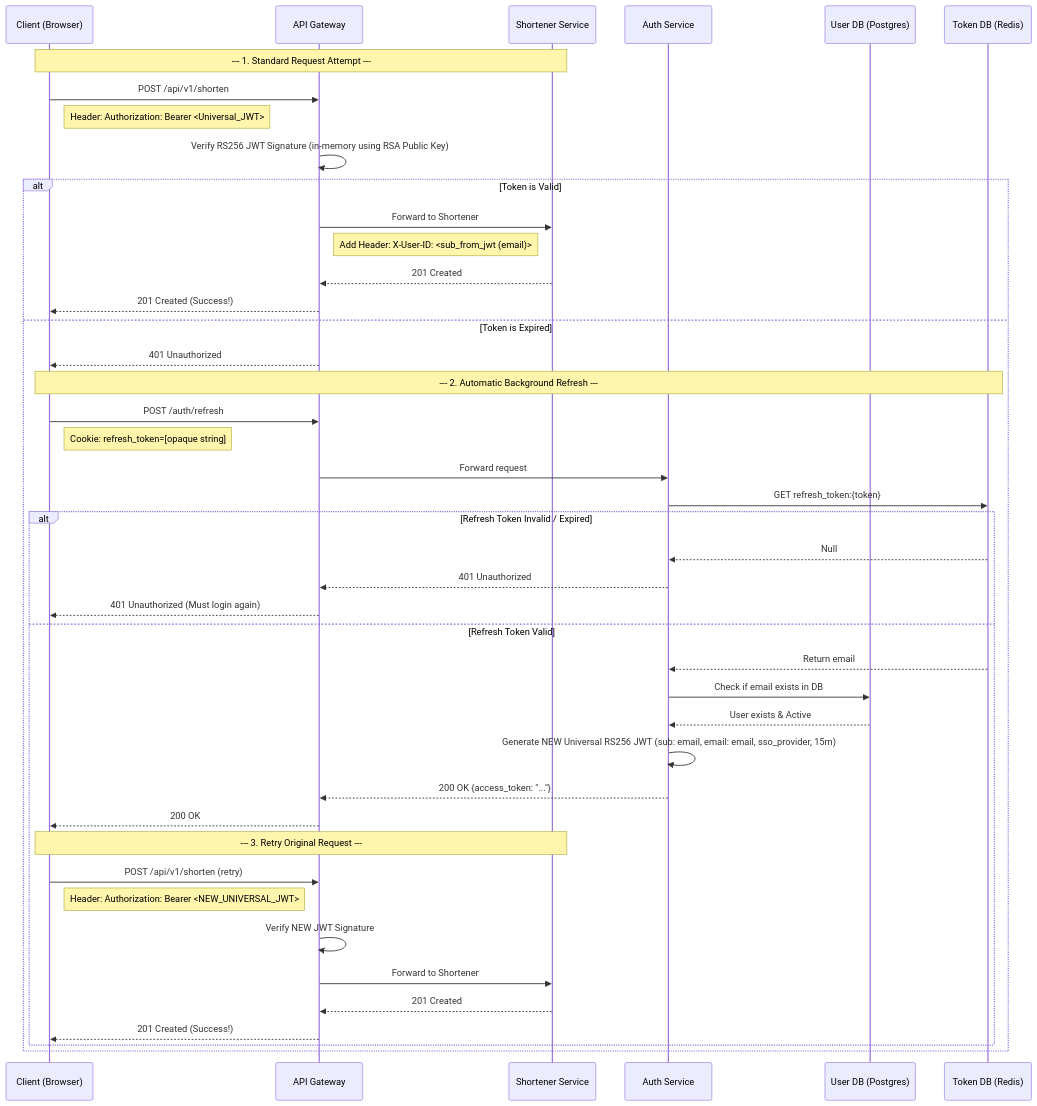
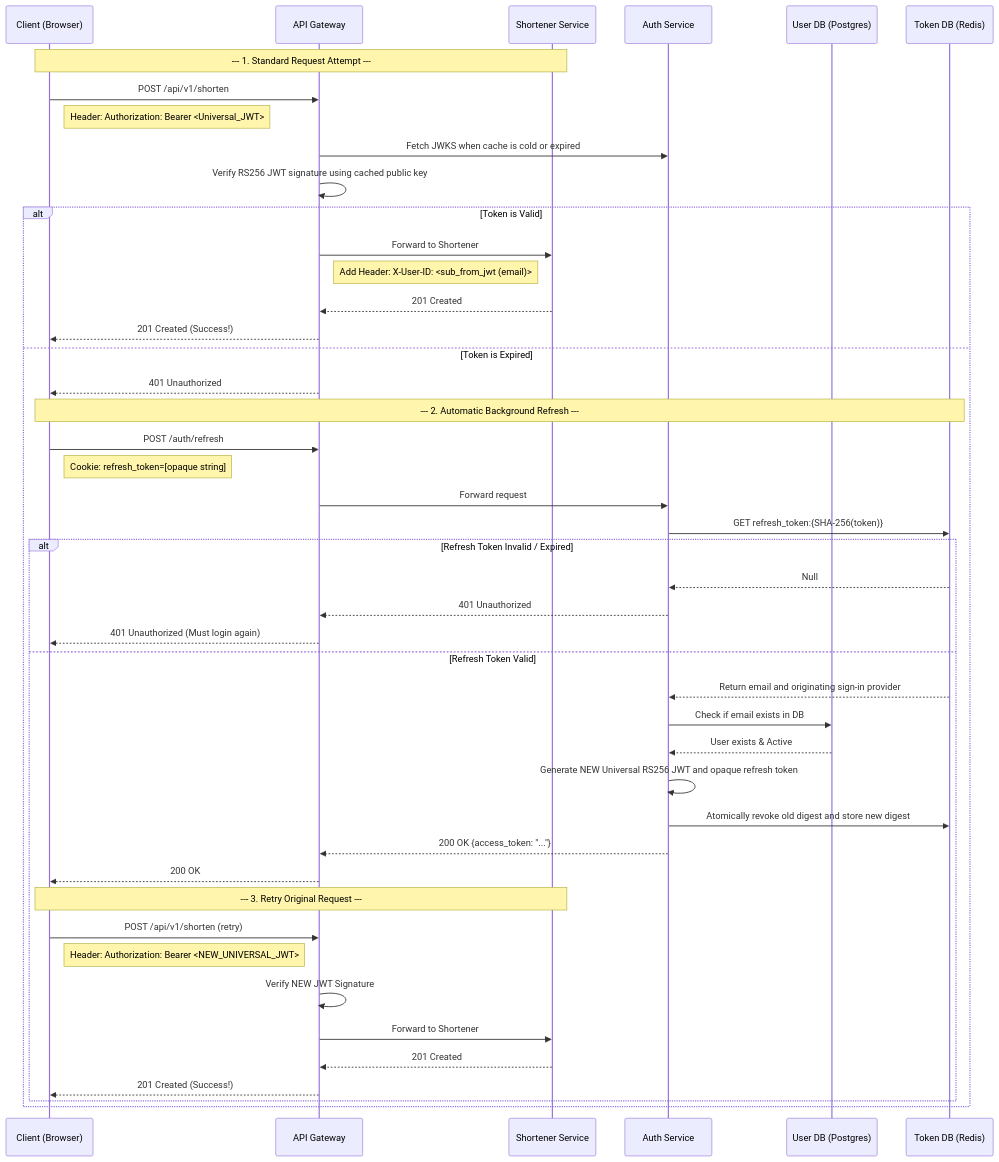
The third of 4 diagrams in design/auth/01-auth-flow.md (boycececil666gmailcom/Microservice-Auth-Platform), drawn with Mermaid before and after one commit. The commit also changed other lines of this file and 78 other files, not shown here.

````diff
--- a/design/auth/01-auth-flow.md
+++ b/design/auth/01-auth-flow.md
@@ -115,54 +116,56 @@
 ```mermaid
 sequenceDiagram
     participant C as Client (Browser)
     participant G as API Gateway
     participant S as Shortener Service
     participant A as Auth Service
     participant PG as User DB (Postgres)
     participant R as Token DB (Redis)
 
     Note over C,S: --- 1. Standard Request Attempt ---
     C->>G: POST /api/v1/shorten
     Note right of C: Header: Authorization: Bearer <Universal_JWT>
     
-    G->>G: Verify RS256 JWT Signature (in-memory using RSA Public Key)
+    G->>A: Fetch JWKS when cache is cold or expired
+    G->>G: Verify RS256 JWT signature using cached public key
     
     alt Token is Valid
         G->>S: Forward to Shortener
         Note right of G: Add Header: X-User-ID: <sub_from_jwt (email)>
         S-->>G: 201 Created
         G-->>C: 201 Created (Success!)
         
     else Token is Expired
         G-->>C: 401 Unauthorized
         
         Note over C,R: --- 2. Automatic Background Refresh ---
         C->>G: POST /auth/refresh
         Note right of C: Cookie: refresh_token=[opaque string]
         
         G->>A: Forward request
-        A->>R: GET refresh_token:{token}
+        A->>R: GET refresh_token:{SHA-256(token)}
         
         alt Refresh Token Invalid / Expired
             R-->>A: Null
             A-->>G: 401 Unauthorized
             G-->>C: 401 Unauthorized (Must login again)
             
         else Refresh Token Valid
-            R-->>A: Return email
+            R-->>A: Return email and originating sign-in provider
             A->>PG: Check if email exists in DB
             PG-->>A: User exists & Active
-            A->>A: Generate NEW Universal RS256 JWT (sub: email, email: email, sso_provider, 15m)
+            A->>A: Generate NEW Universal RS256 JWT and opaque refresh token
+            A->>R: Atomically revoke old digest and store new digest
             A-->>G: 200 OK {access_token: "..."}
             G-->>C: 200 OK
             
             Note over C,S: --- 3. Retry Original Request ---
             C->>G: POST /api/v1/shorten (retry)
             Note right of C: Header: Authorization: Bearer <NEW_UNIVERSAL_JWT>
             G->>G: Verify NEW JWT Signature
             G->>S: Forward to Shortener
             S-->>G: 201 Created
             G-->>C: 201 Created (Success!)
         end
     end
 ```
````
